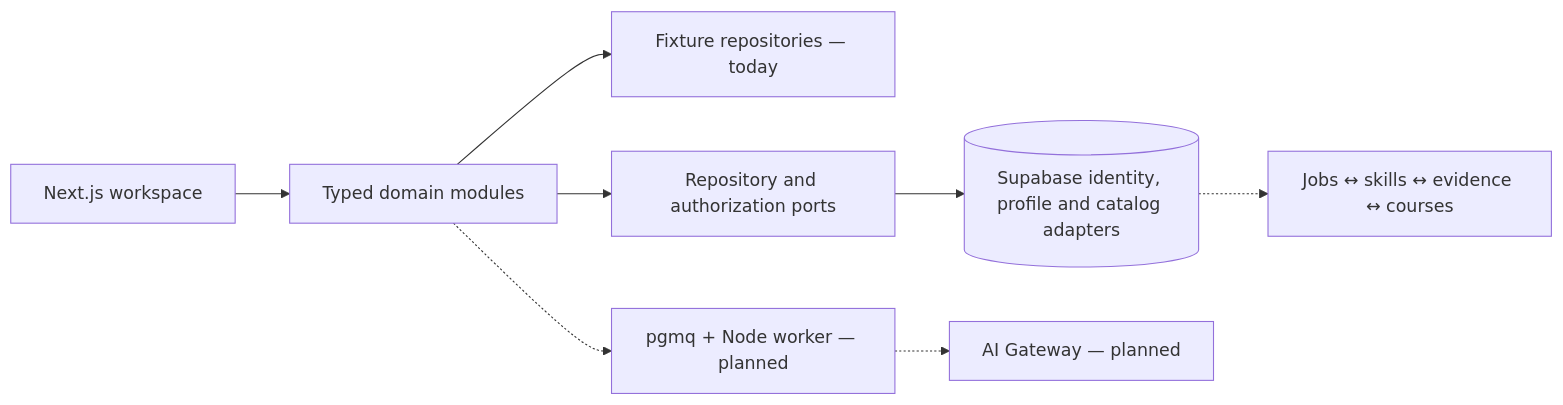
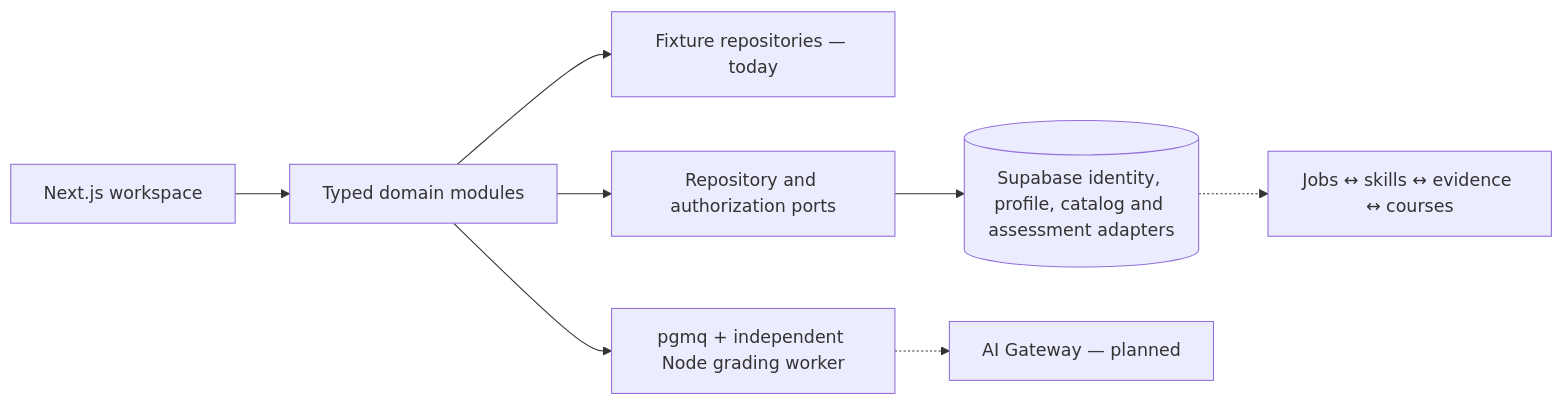
The diagram in README.md (jerry1022/rolefoundry), drawn with Mermaid before and after one commit. The commit also changed other lines of this file and 51 other files, not shown here.

Commit message:
feat: implement private assessments and durable grading worker

````diff
--- a/README.md
+++ b/README.md
@@ -93,10 +93,10 @@
 ```mermaid
 flowchart LR
     UI[Next.js workspace] --> D[Typed domain modules]
     D --> F[Fixture repositories — today]
     D --> Ports[Repository and authorization ports]
-    Ports --> DB[(Supabase identity, profile and catalog adapters)]
-    D -.-> Q[pgmq + Node worker — planned]
+    Ports --> DB[(Supabase identity, profile, catalog and assessment adapters)]
+    D --> Q[pgmq + independent Node grading worker]
     Q -.-> AI[AI Gateway — planned]
     DB -.-> S[Jobs ↔ skills ↔ evidence ↔ courses]
 ```
````
